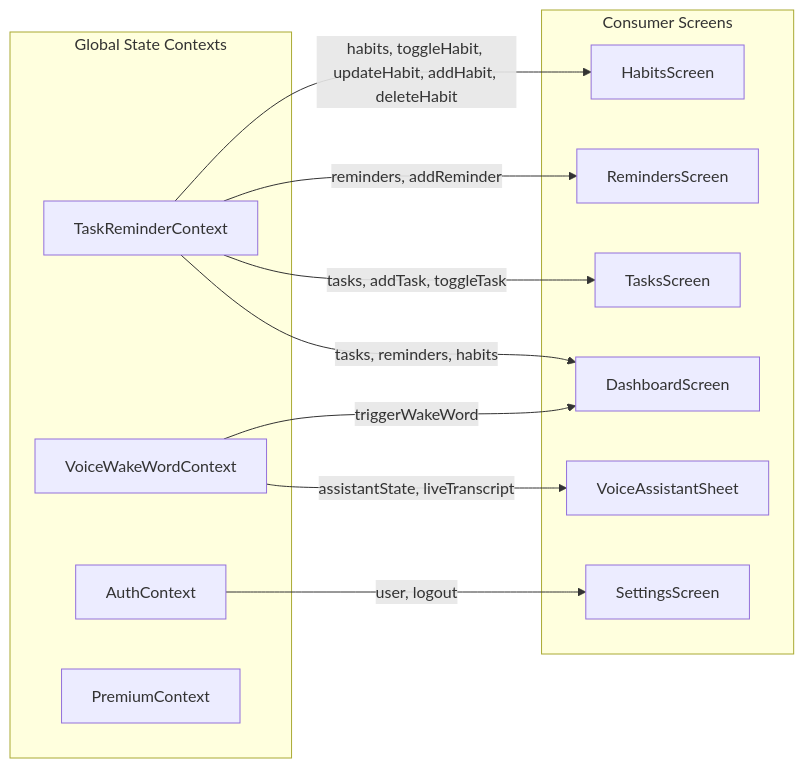
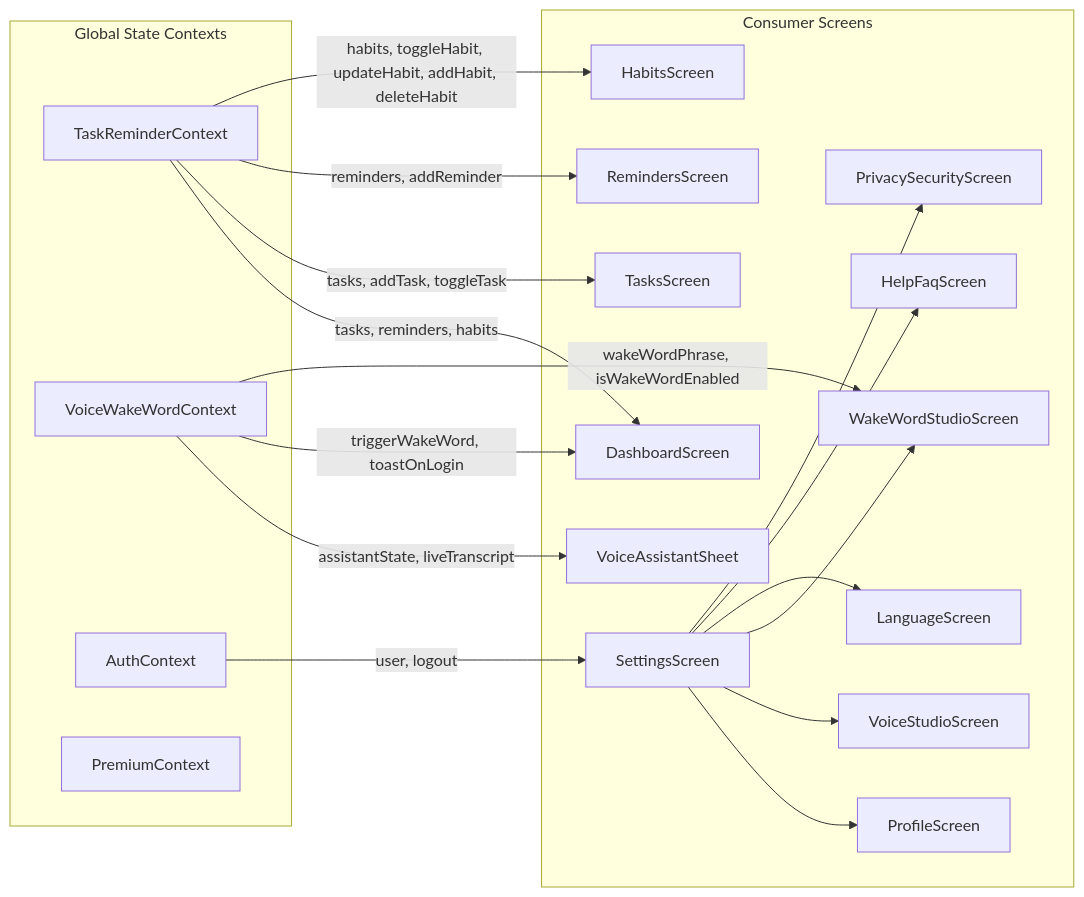
The fourth of 4 diagrams in ARCHITECTURE.md (RenishBhuva07/Regius), drawn with Mermaid before and after one commit. The commit also changed 19 other files, not shown here.

First line of the commit message:
[FEAT]: implement dedicated settings screens and refine wake word notification flow

````diff
--- a/ARCHITECTURE.md
+++ b/ARCHITECTURE.md
@@ -221,26 +221,39 @@
 ```mermaid
 graph LR
     subgraph Contexts [Global State Contexts]
         TRC[TaskReminderContext]
         VWC[VoiceWakeWordContext]
         AC[AuthContext]
         PC[PremiumContext]
     end
 
     subgraph Screens [Consumer Screens]
         Dash[DashboardScreen]
         Tasks[TasksScreen]
         Reminders[RemindersScreen]
         Habits[HabitsScreen]
         Settings[SettingsScreen]
+        Profile[ProfileScreen]
+        VoiceStudio[VoiceStudioScreen]
+        WakeWordStudio[WakeWordStudioScreen]
+        Lang[LanguageScreen]
+        Help[HelpFaqScreen]
+        Privacy[PrivacySecurityScreen]
         Assistant[VoiceAssistantSheet]
     end
 
     TRC -->|tasks, reminders, habits| Dash
     TRC -->|tasks, addTask, toggleTask| Tasks
     TRC -->|reminders, addReminder| Reminders
     TRC -->|habits, toggleHabit, updateHabit, addHabit, deleteHabit| Habits
     VWC -->|assistantState, liveTranscript| Assistant
-    VWC -->|triggerWakeWord| Dash
+    VWC -->|triggerWakeWord, toastOnLogin| Dash
+    VWC -->|wakeWordPhrase, isWakeWordEnabled| WakeWordStudio
     AC -->|user, logout| Settings
+    Settings --> Profile
+    Settings --> VoiceStudio
+    Settings --> WakeWordStudio
+    Settings --> Lang
+    Settings --> Help
+    Settings --> Privacy
 ```
````
